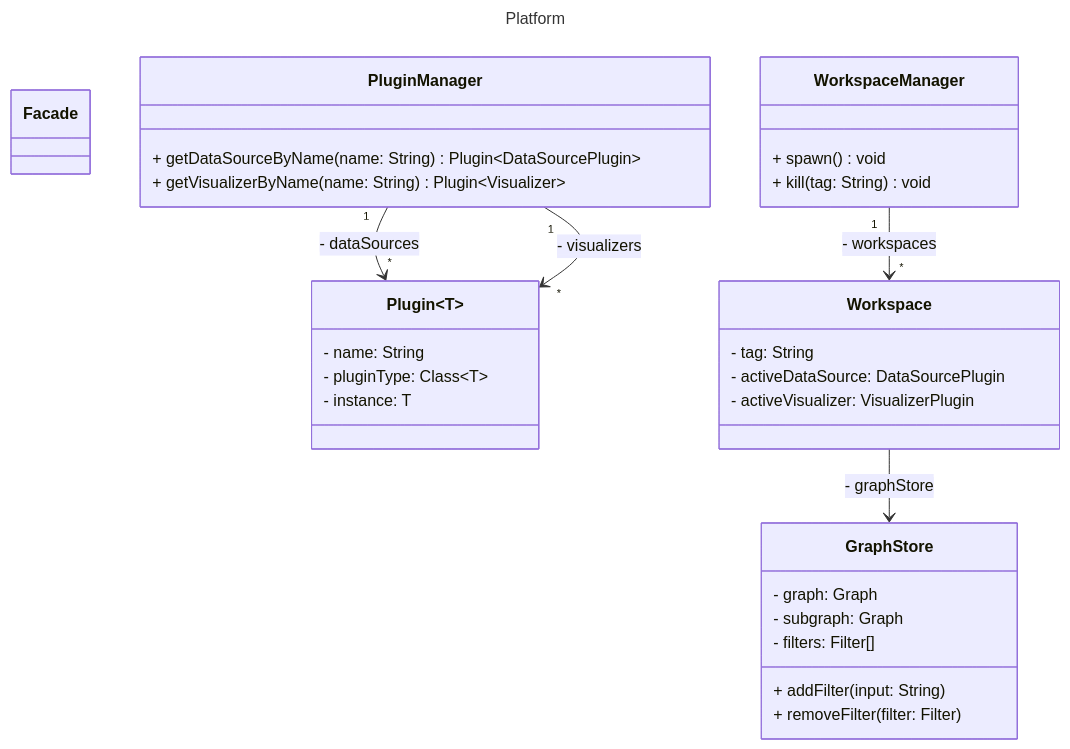
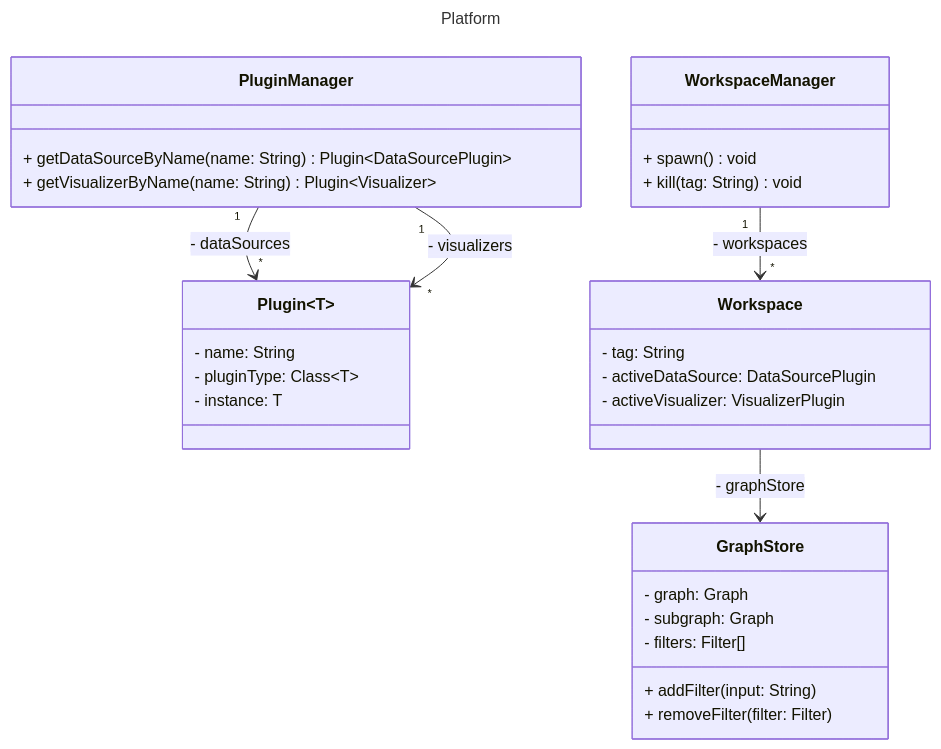
The third of 3 diagrams in README.md (trami25/Graph-Visualizer), drawn with Mermaid before and after one commit.

Commit message:
doc: remove Facade class from platform diagram [#75]

````diff
--- a/README.md
+++ b/README.md
@@ -70,37 +70,36 @@
 ```mermaid
 ---
 title: Platform
 ---
 classDiagram
-    class Facade
     class PluginManager {
         + getDataSourceByName(name: String) Plugin~DataSourcePlugin~
         + getVisualizerByName(name: String) Plugin~Visualizer~
     }
     class Plugin~T~ {
         - name: String
         - pluginType: Class~T~
         - instance: T
     }
     class WorkspaceManager {
         + spawn() void
         + kill(tag: String) void
     }
     class Workspace {
         - tag: String
         - activeDataSource: DataSourcePlugin
         - activeVisualizer: VisualizerPlugin
     }
     class GraphStore {
         - graph: Graph
         - subgraph: Graph
         - filters: Filter[]
         + addFilter(input: String)
         + removeFilter(filter: Filter)
     }
     
     PluginManager "1" -->  "*" Plugin : - dataSources
     PluginManager "1" -->  "*" Plugin : - visualizers
     WorkspaceManager "1" --> "*" Workspace : - workspaces
     Workspace --> GraphStore : - graphStore
 ```
````
